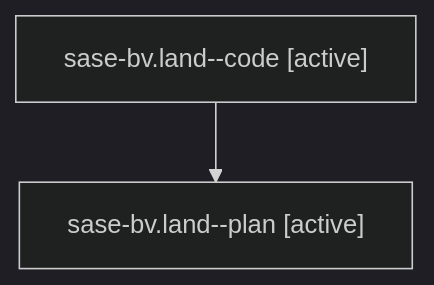
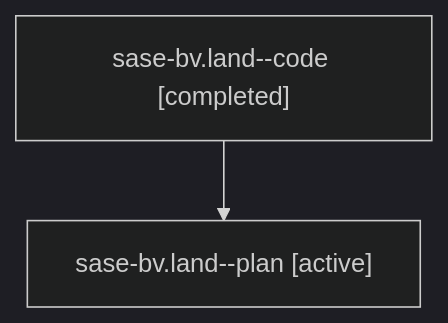
One commit to sase-org/sase--agents changed the diagram in families/bbugyi200.athena.sase-bv.land.md. Above: the diagram before and after it, drawn with Mermaid (dark theme). The commit also changed other lines of this file and 5813 other files, not shown here.

````diff
--- a/families/bbugyi200.athena.sase-bv.land.md
+++ b/families/bbugyi200.athena.sase-bv.land.md
@@ -9,6 +9,6 @@
 ```mermaid
 flowchart TD
-  n0["sase-bv.land--code [active]"]
+  n0["sase-bv.land--code [completed]"]
   n1["sase-bv.land--plan [active]"]
   n0 --> n1
 ```
````
